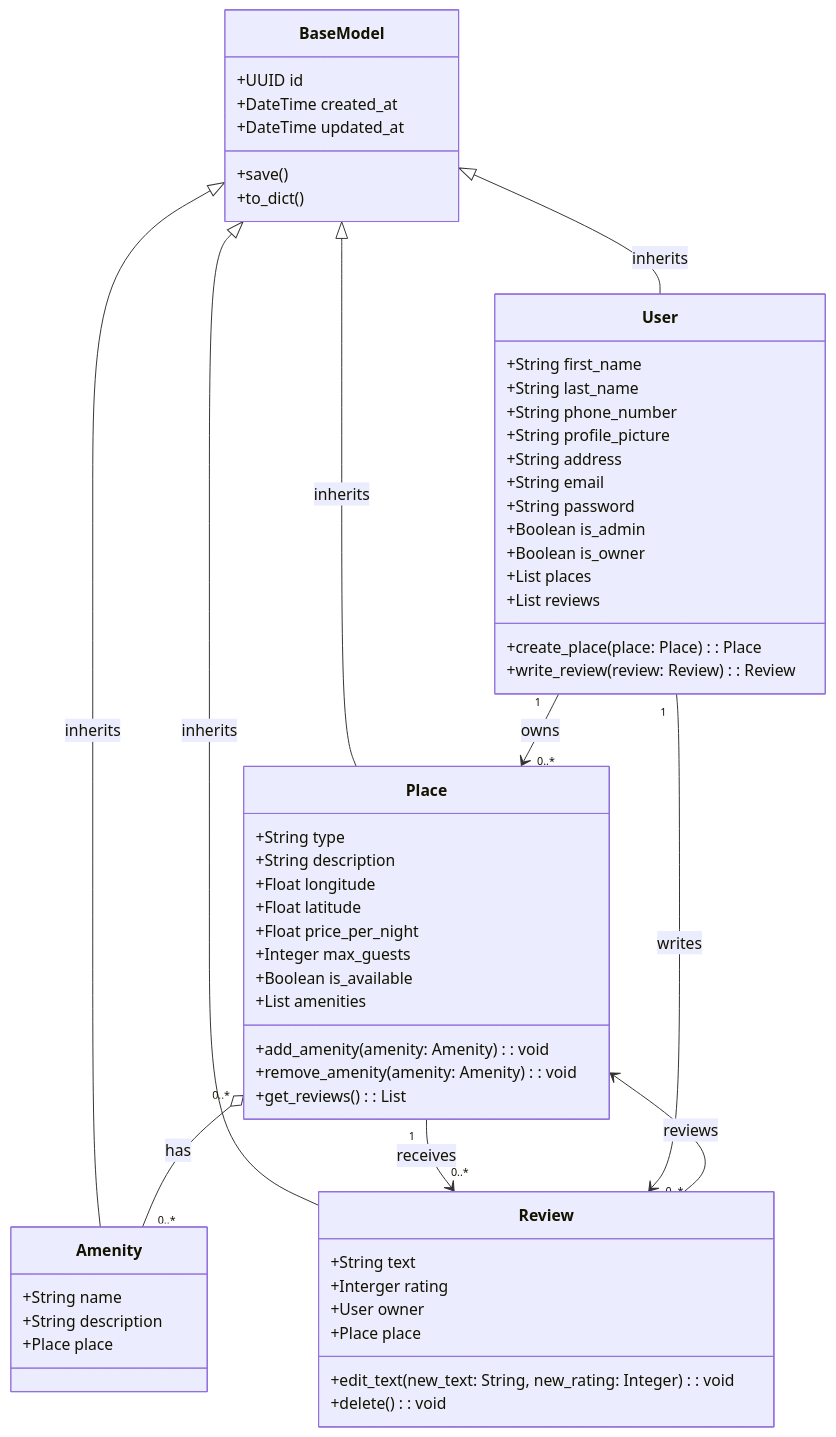
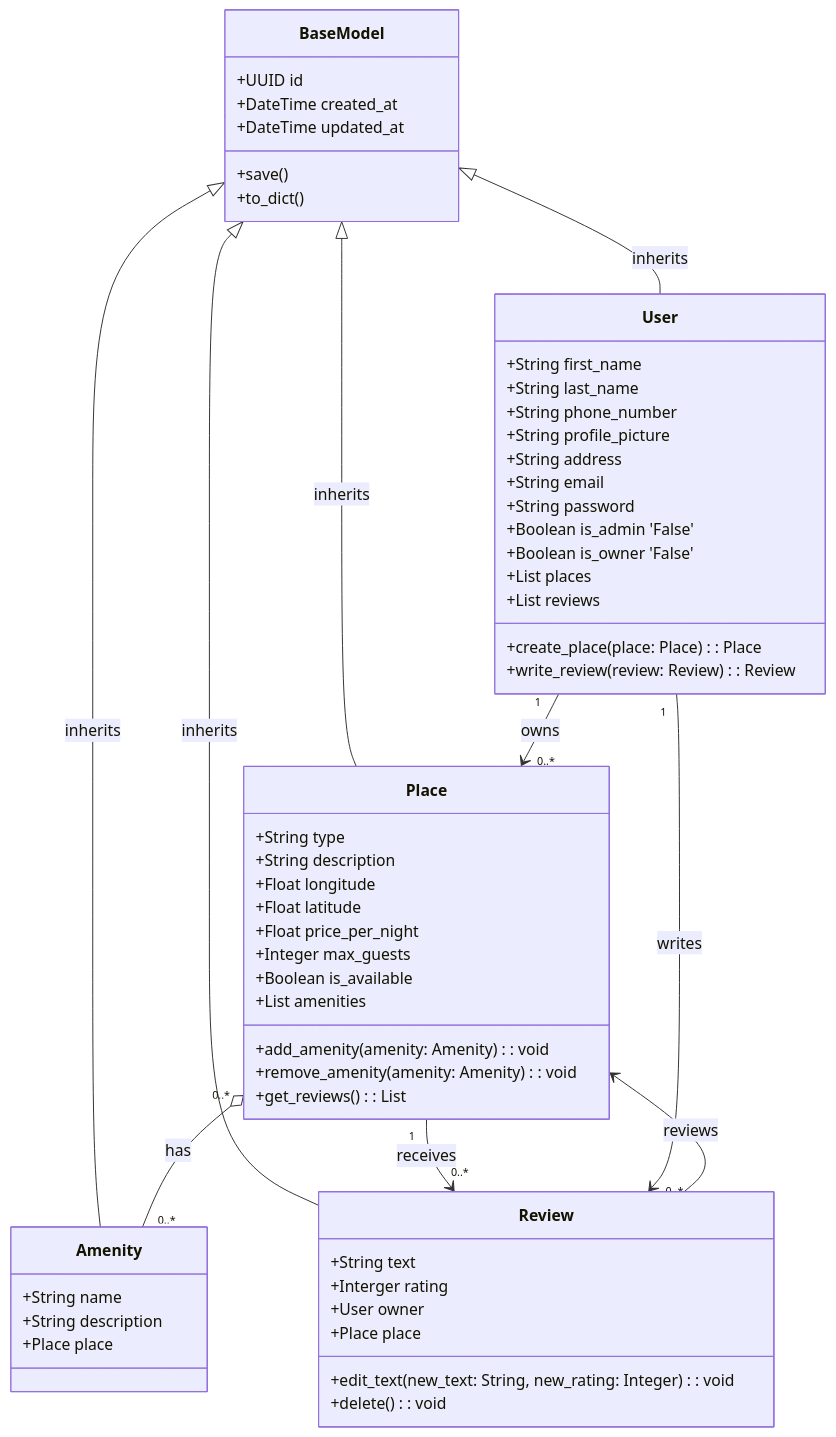
One commit to ItsZmainDev/holbertonschool-hbnb changed the diagram in part1/Detailed Class Diagram for Business Logic Layer.mmd. Above: the diagram before and after it, drawn with Mermaid.

Commit message:
Set default value on is_admin and is_owner on User model

```diff
--- a/part1/Detailed Class Diagram for Business Logic Layer.mmd
+++ b/part1/Detailed Class Diagram for Business Logic Layer.mmd
@@ -1,67 +1,66 @@
 classDiagram
     class BaseModel {
         +UUID id
         +DateTime created_at
         +DateTime updated_at
         +save()
         +to_dict()
     }
 
     class User {
         +String first_name
         +String last_name
         +String phone_number
         +String profile_picture
         +String address
         +String email
         +String password
-        +Boolean is_admin
-        +Boolean is_owner
+        +Boolean is_admin 'False'
+        +Boolean is_owner 'False'
         +List<Place> places
         +List<Review> reviews
         +create_place(place: Place): Place
         +write_review(review: Review): Review
     }
 
     class Place {
         +String type
         +String description
         +Float longitude
         +Float latitude
         +Float price_per_night
         +Integer max_guests
         +Boolean is_available
-        %% +User owner
         +List<Amenity> amenities
         +add_amenity(amenity: Amenity): void
         +remove_amenity(amenity: Amenity): void
         +get_reviews(): List<Review>
     }
 
     class Amenity {
         +String name
         +String description
         +Place place
     }
 
     class Review {
         +String text
         +Interger rating
         +User owner
         +Place place
         +edit_text(new_text: String, new_rating: Integer): void
         +delete(): void
     }
 
     %% Inheritance
     BaseModel <|-- User : inherits
     BaseModel <|-- Place : inherits
     BaseModel <|-- Amenity : inherits
     BaseModel <|-- Review : inherits
 
     %% Relationships
     User "1" --> "0..*" Place : owns
     Place "0..*" o-- "0..*" Amenity : has
     Place "1" --> "0..*" Review : receives
     User "1" --> "0..*" Review : writes
     Review --> Place: reviews
```
